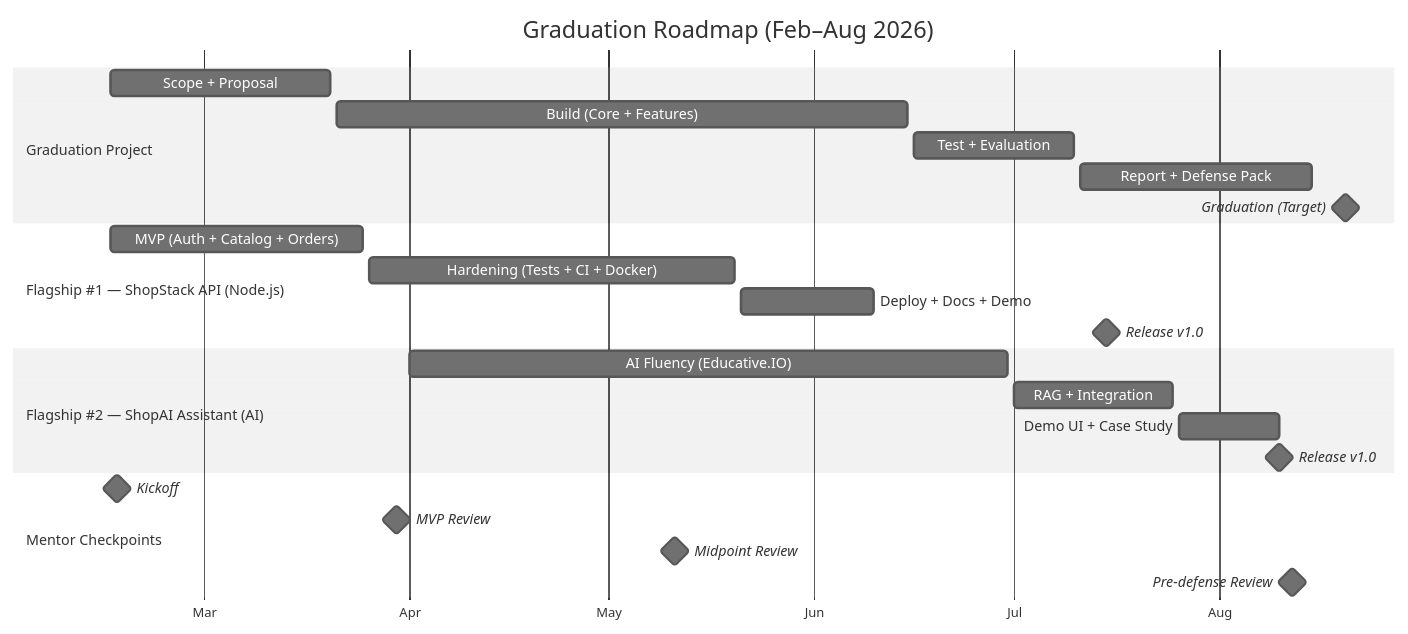
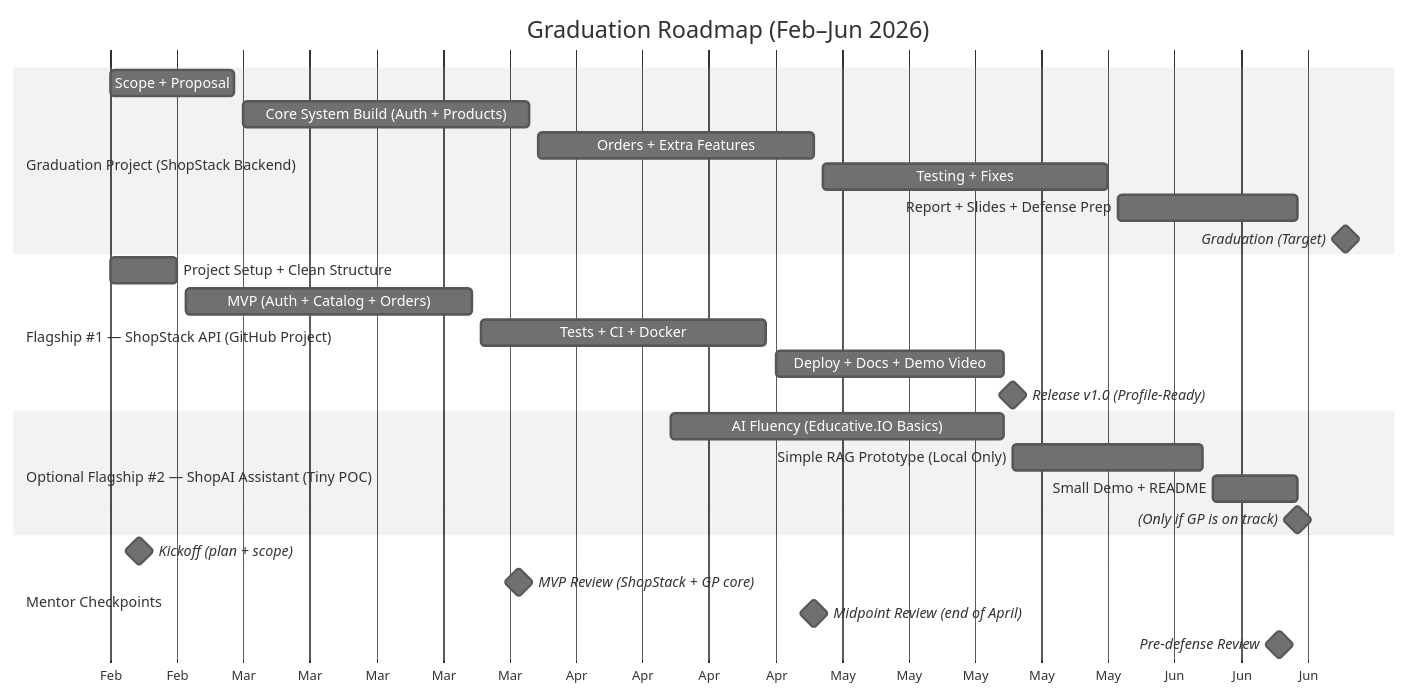
The diagram in README.md (KhMahmoud/KhMahmoud), drawn with Mermaid (neutral theme) before and after one commit. The commit also changed other lines of this file, not shown here.

````diff
--- a/README.md
+++ b/README.md
@@ -10,31 +10,33 @@
 ```mermaid
 gantt
-    title Graduation Roadmap (Feb–Aug 2026)
+    title Graduation Roadmap (Feb–Jun 2026)
     dateFormat  YYYY-MM-DD
     axisFormat  %b
 
-    section Graduation Project
-    Scope + Proposal                  :gp1, 2026-02-15, 2026-03-20
-    Build (Core + Features)           :gp2, 2026-03-21, 2026-06-15
-    Test + Evaluation                 :gp3, 2026-06-16, 2026-07-10
-    Report + Defense Pack             :gp4, 2026-07-11, 2026-08-15
-    Graduation (Target)               :milestone, gpm, 2026-08-20, 0d
+    section Graduation Project (ShopStack Backend)
+    Scope + Proposal                      :gp1, 2026-02-15, 2026-02-28
+    Core System Build (Auth + Products)   :gp2, 2026-03-01, 2026-03-31
+    Orders + Extra Features               :gp3, 2026-04-01, 2026-04-30
+    Testing + Fixes                       :gp4, 2026-05-01, 2026-05-31
+    Report + Slides + Defense Prep        :gp5, 2026-06-01, 2026-06-20
+    Graduation (Target)                   :milestone, gpm, 2026-06-25, 0d
 
-    section Flagship #1 — ShopStack API (Node.js)
-    MVP (Auth + Catalog + Orders)     :f1, 2026-02-15, 2026-03-25
-    Hardening (Tests + CI + Docker)   :f2, 2026-03-26, 2026-05-20
-    Deploy + Docs + Demo              :f3, 2026-05-21, 2026-06-10
-    Release v1.0                      :milestone, f1m, 2026-07-15, 0d
+    section Flagship #1 — ShopStack API (GitHub Project)
+    Project Setup + Clean Structure       :f1, 2026-02-15, 2026-02-22
+    MVP (Auth + Catalog + Orders)         :f2, 2026-02-23, 2026-03-25
+    Tests + CI + Docker                   :f3, 2026-03-26, 2026-04-25
+    Deploy + Docs + Demo Video            :f4, 2026-04-26, 2026-05-20
+    Release v1.0 (Profile-Ready)          :milestone, f1m, 2026-05-21, 0d
 
-    section Flagship #2 — ShopAI Assistant (AI)
-    AI Fluency (Educative.IO)         :a1, 2026-04-01, 2026-06-30
-    RAG + Integration                 :a2, 2026-07-01, 2026-07-25
-    Demo UI + Case Study              :a3, 2026-07-26, 2026-08-10
-    Release v1.0                      :milestone, f2m, 2026-08-10, 0d
+    section Optional Flagship #2 — ShopAI Assistant (Tiny POC)
+    AI Fluency (Educative.IO Basics)      :a1, 2026-04-15, 2026-05-20
+    Simple RAG Prototype (Local Only)     :a2, 2026-05-21, 2026-06-10
+    Small Demo + README                   :a3, 2026-06-11, 2026-06-20
+    (Only if GP is on track)              :milestone, a4, 2026-06-20, 0d
 
     section Mentor Checkpoints
-    Kickoff                           :milestone, m0, 2026-02-16, 0d
-    MVP Review                        :milestone, m1, 2026-03-30, 0d
-    Midpoint Review                   :milestone, m2, 2026-05-11, 0d
-    Pre-defense Review                :milestone, m3, 2026-08-12, 0d
+    Kickoff (plan + scope)                :milestone, m0, 2026-02-18, 0d
+    MVP Review (ShopStack + GP core)      :milestone, m1, 2026-03-30, 0d
+    Midpoint Review (end of April)        :milestone, m2, 2026-04-30, 0d
+    Pre-defense Review                    :milestone, m3, 2026-06-18, 0d
 ```
````
